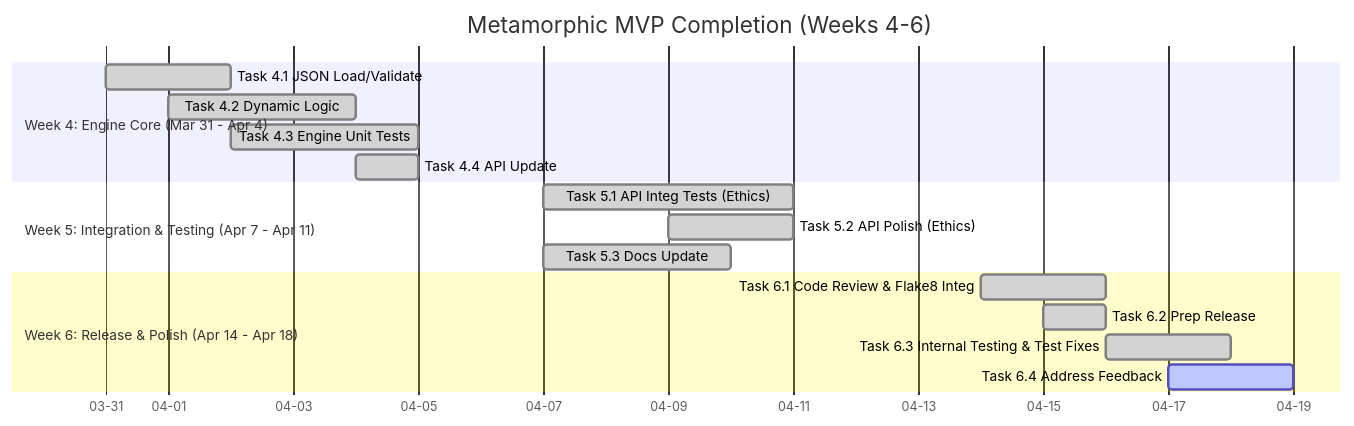
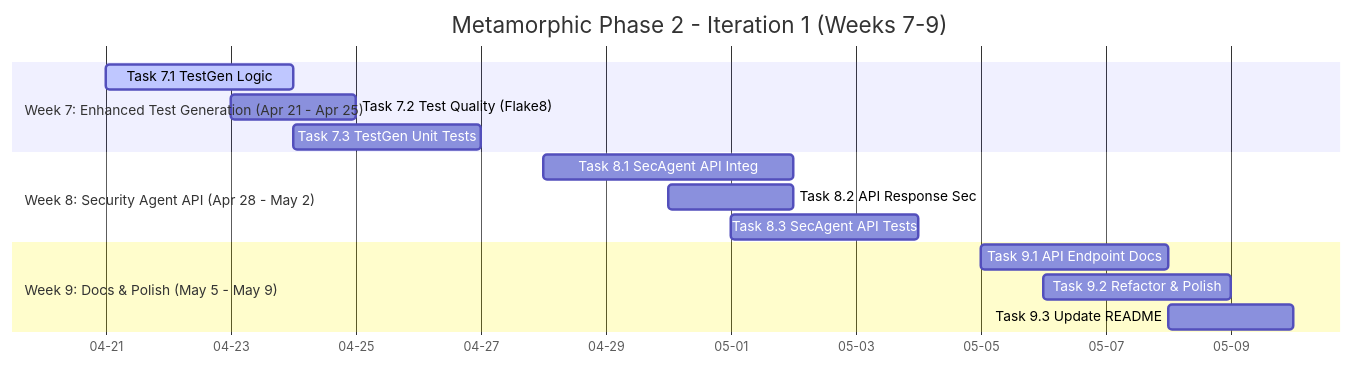
Before and after one commit to tomwolfe/metamorphic-core: the diagram in ROADMAP.md, drawn with Mermaid. The commit also changed other lines of this file, not shown here.

````diff
--- a/ROADMAP.md
+++ b/ROADMAP.md
@@ -58,24 +101,22 @@
 ```mermaid
 gantt
-    title Metamorphic MVP Completion (Weeks 4-6)
+    title Metamorphic Phase 2 - Iteration 1 (Weeks 7-9)
     dateFormat  YYYY-MM-DD
     axisFormat %m-%d
     todayMarker stroke-width:3px,stroke:#FF0000
 
-    section Week 4: Engine Core (Mar 31 - Apr 4)
-    Task 4.1 JSON Load/Validate :done, 2025-03-31, 2d
-    Task 4.2 Dynamic Logic      :done, 2025-04-01, 3d
-    Task 4.3 Engine Unit Tests  :done, 2025-04-02, 3d
-    Task 4.4 API Update         :done, 2025-04-04, 1d
+    section Week 7: Enhanced Test Generation (Apr 21 - Apr 25)
+    Task 7.1 TestGen Logic        :active, 2025-04-21, 3d
+    Task 7.2 Test Quality (Flake8):         2025-04-23, 2d
+    Task 7.3 TestGen Unit Tests   :         2025-04-24, 3d
 
-    section Week 5: Integration & Testing (Apr 7 - Apr 11)
-    Task 5.1 API Integ Tests (Ethics) :done, 2025-04-07, 4d
-    Task 5.2 API Polish (Ethics)      :done, 2025-04-09, 2d
-    Task 5.3 Docs Update              :done, 2025-04-07, 3d
+    section Week 8: Security Agent API (Apr 28 - May 2)
+    Task 8.1 SecAgent API Integ   :         2025-04-28, 4d
+    Task 8.2 API Response Sec     :         2025-04-30, 2d
+    Task 8.3 SecAgent API Tests   :         2025-05-01, 3d
 
-    section Week 6: Release & Polish (Apr 14 - Apr 18)
-    Task 6.1 Code Review & Flake8 Integ :done, 2025-04-14, 2d
-    Task 6.2 Prep Release               :done, 2025-04-15, 1d
-    Task 6.3 Internal Testing & Test Fixes:done, 2025-04-16, 2d
-    Task 6.4 Address Feedback           :active, 2025-04-17, 2d
+    section Week 9: Docs & Polish (May 5 - May 9)
+    Task 9.1 API Endpoint Docs     :         2025-05-05, 3d
+    Task 9.2 Refactor & Polish     :         2025-05-06, 3d
+    Task 9.3 Update README         :         2025-05-08, 2d
 ```
````
